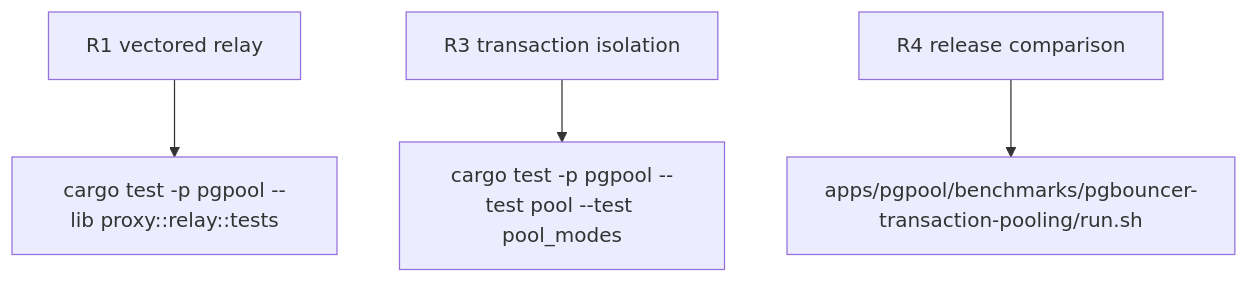
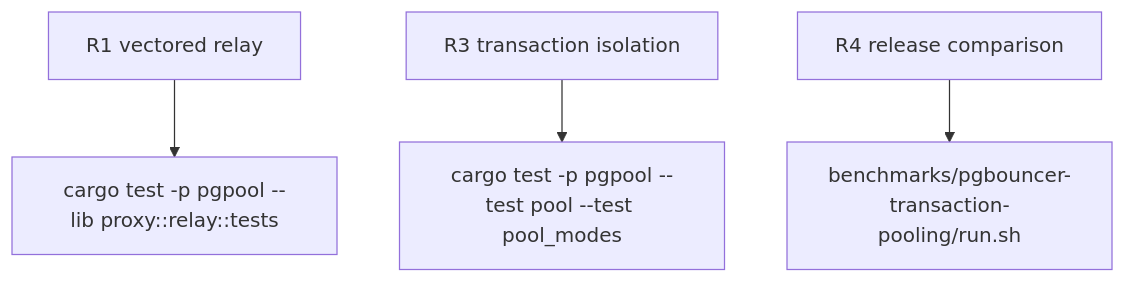
Before and after one commit to faberline/pgpool: the second of 2 diagrams in tech-design/logic/p0-forward-buffered-backend-relay-frames-with-writev.md, drawn with Mermaid. The commit also changed other lines of this file and 120 other files, not shown here.

````diff
--- a/tech-design/logic/p0-forward-buffered-backend-relay-frames-with-writev.md
+++ b/tech-design/logic/p0-forward-buffered-backend-relay-frames-with-writev.md
@@ -72,28 +72,28 @@
 ```mermaid
 ---
 id: pgpool-vectored-buffered-relay-verification
 requirements:
   release_comparison:
     id: R4
     text: "The immutable PgBouncer comparison retains all 64 clients and no pgbench client errors; meter sampling is diagnostic only."
     kind: e2e
     risk: high
-    verify: apps/pgpool/benchmarks/pgbouncer-transaction-pooling/run.sh
+    verify: benchmarks/pgbouncer-transaction-pooling/run.sh
   transaction_isolation:
     id: R3
     text: "Transaction lease boundaries, pipelined frontend safety, reset isolation, and the backend capacity cap remain unchanged."
     kind: regression
     risk: high
     verify: cargo test -p pgpool --test pool --test pool_modes
   vectored_relay:
     id: R1
     text: "A multi-frame backend batch retains exact ordered validated segments and forwards them losslessly, including a partial vectored write, without concatenating into BytesMut."
     kind: regression
     risk: high
     verify: cargo test -p pgpool --lib proxy::relay::tests
 ---
 flowchart TD
     r1[R1 vectored relay] --> cargo_test_p_pgpool_lib_proxy_relay_tests[cargo test -p pgpool --lib proxy::relay::tests]
     r3[R3 transaction isolation] --> cargo_test_p_pgpool_test_pool_test_pool_modes[cargo test -p pgpool --test pool --test pool_modes]
-    r4[R4 release comparison] --> apps_pgpool_benchmarks_pgbouncer_transaction_pooling_run_sh[apps/pgpool/benchmarks/pgbouncer-transaction-pooling/run.sh]
+    r4[R4 release comparison] --> apps_pgpool_benchmarks_pgbouncer_transaction_pooling_run_sh[benchmarks/pgbouncer-transaction-pooling/run.sh]
 ```
````
